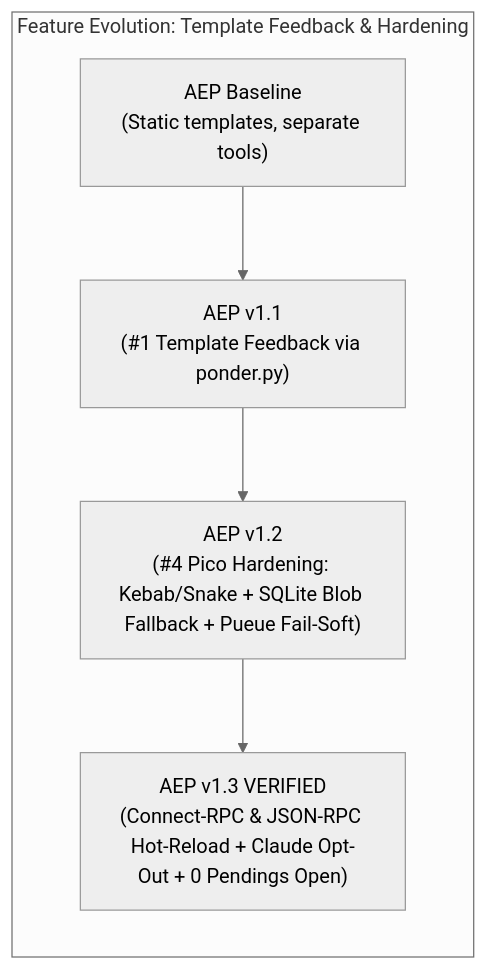
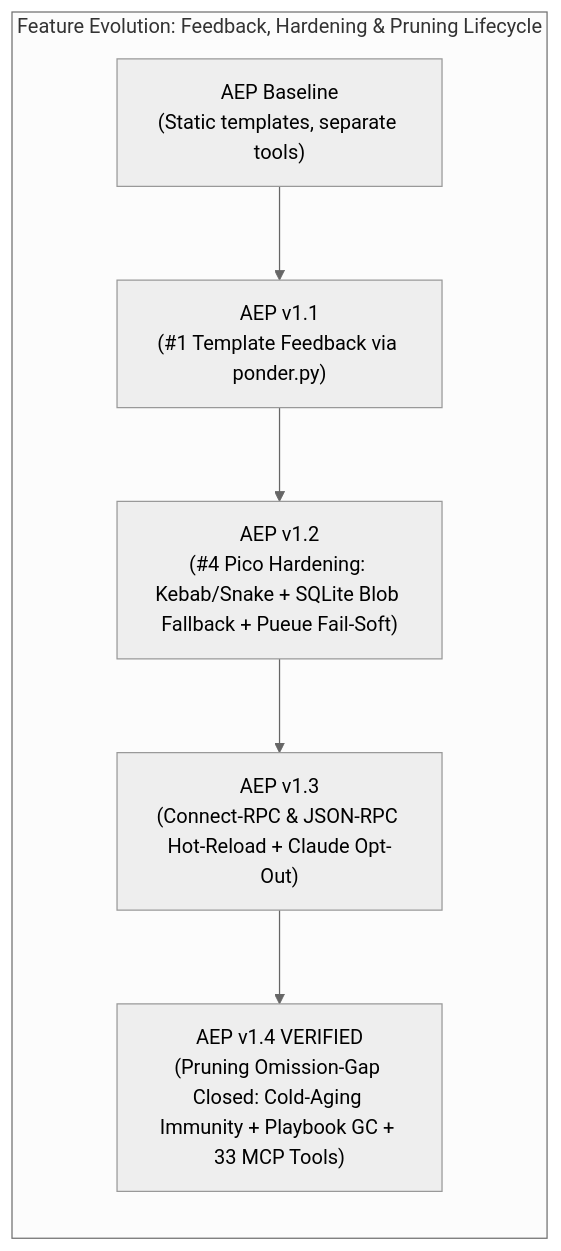
Before and after one commit to ancrz/agent-execution-plane: the second of 2 diagrams in docs/pipeline/feature_20261023_120700_template_feedback_and_pico_hardening.md, drawn with Mermaid (neutral theme). The commit also changed other lines of this file and 3 other files, not shown here.

````diff
--- a/docs/pipeline/feature_20261023_120700_template_feedback_and_pico_hardening.md
+++ b/docs/pipeline/feature_20261023_120700_template_feedback_and_pico_hardening.md
@@ -47,8 +49,9 @@
 ```mermaid
 flowchart LR
-    subgraph Evolution["Feature Evolution: Template Feedback & Hardening"]
+    subgraph Evolution["Feature Evolution: Feedback, Hardening & Pruning Lifecycle"]
         E0["AEP Baseline<br/>(Static templates, separate tools)"] --> E1["AEP v1.1<br/>(#1 Template Feedback via ponder.py)"]
         E1 --> E2["AEP v1.2<br/>(#4 Pico Hardening: Kebab/Snake + SQLite Blob Fallback + Pueue Fail-Soft)"]
-        E2 --> E3["AEP v1.3 VERIFIED<br/>(Connect-RPC & JSON-RPC Hot-Reload + Claude Opt-Out + 0 Pendings Open)"]
+        E2 --> E3["AEP v1.3<br/>(Connect-RPC & JSON-RPC Hot-Reload + Claude Opt-Out)"]
+        E3 --> E4["AEP v1.4 VERIFIED<br/>(Pruning Omission-Gap Closed: Cold-Aging Immunity + Playbook GC + 33 MCP Tools)"]
     end
 ```
````
